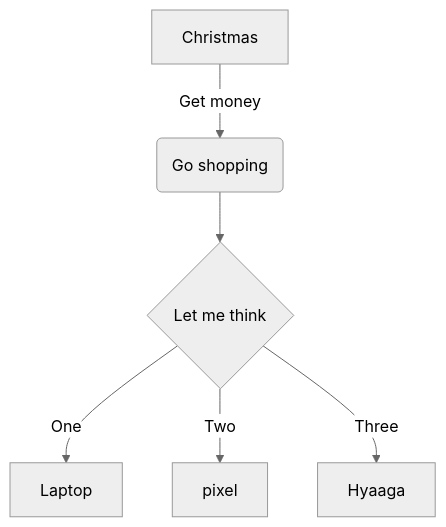
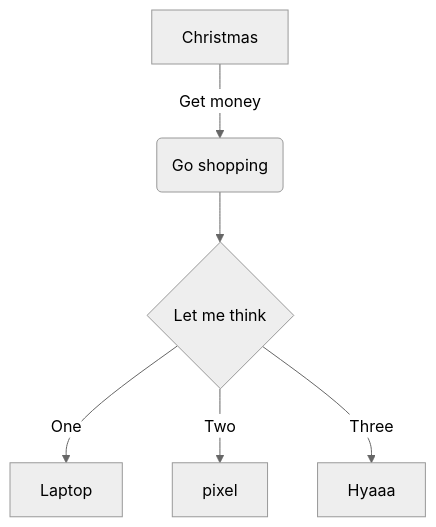
One commit to hsingh23/my-files changed the diagram in cool.mermaid. Above: the diagram before and after it, drawn with Mermaid (neutral theme).

```diff
--- a/cool.mermaid
+++ b/cool.mermaid
@@ -1,6 +1,6 @@
 flowchart TD
     A[Christmas] -->|Get money| B(Go shopping)
     B --> C{Let me think}
     C -->|One| D[Laptop]
     C -->|Two| E[pixel]
-    C -->|Three| F[Hyaaga]
+    C -->|Three| F[Hyaaa]
```
